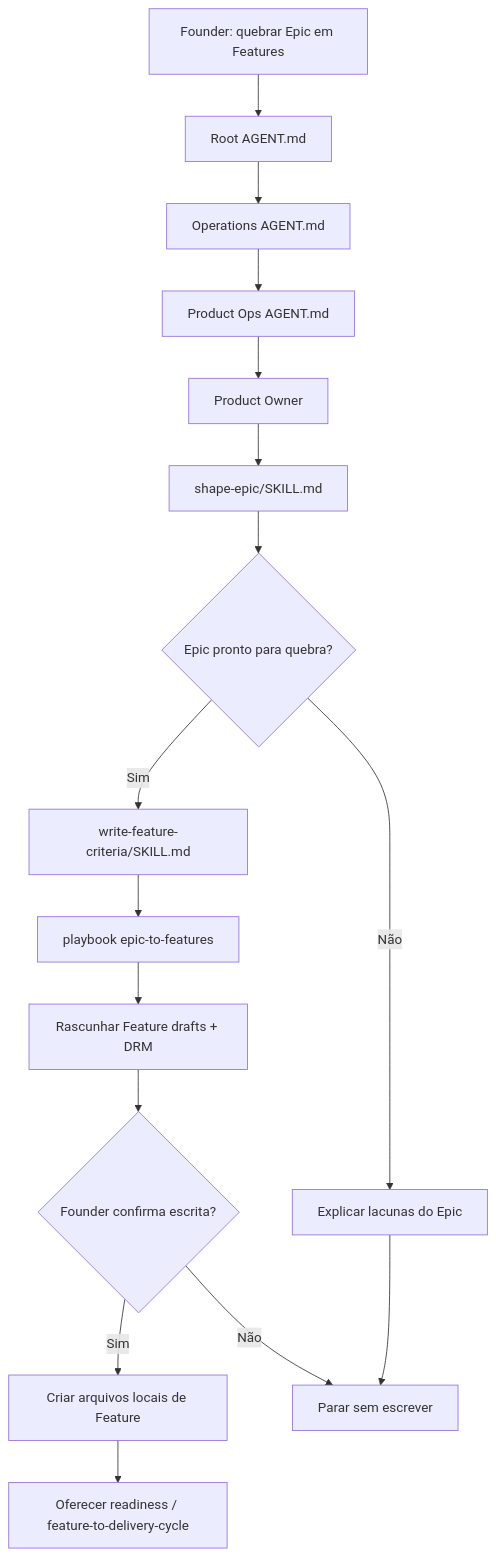
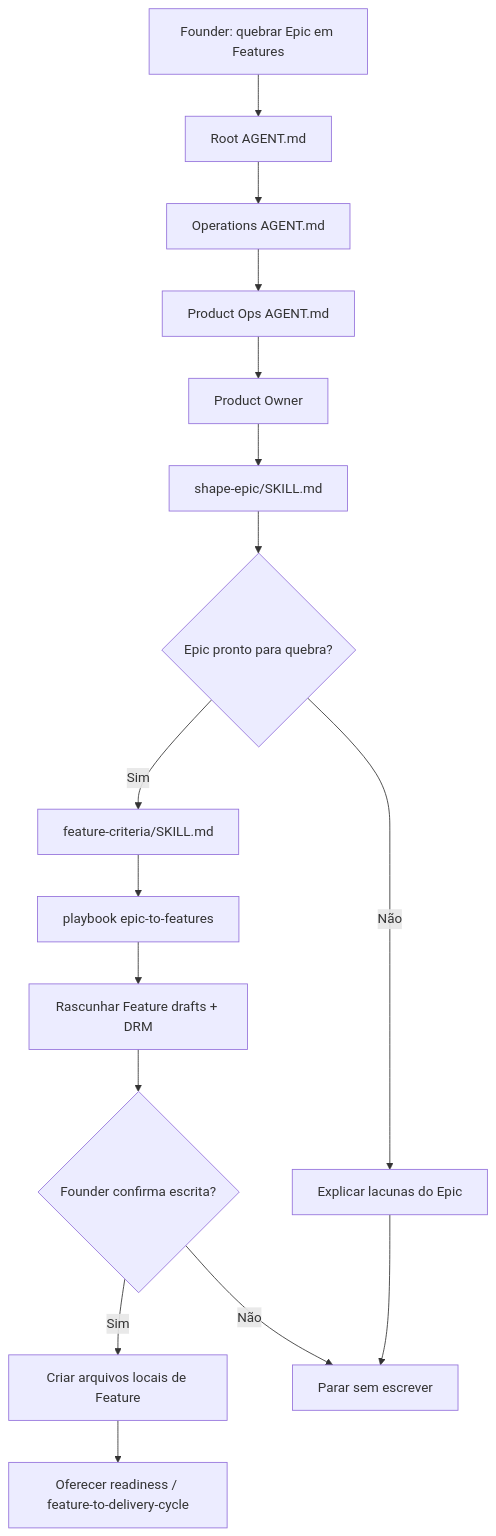
One commit to desousajhonny/leanOS changed the diagram in docs/framework/founder-journeys/epic-to-features.md. Above: the diagram before and after it, drawn with Mermaid. The commit also changed other lines of this file and 89 other files, not shown here.

````diff
--- a/docs/framework/founder-journeys/epic-to-features.md
+++ b/docs/framework/founder-journeys/epic-to-features.md
@@ -14,24 +14,24 @@
 ```mermaid
 flowchart TD
   A["Founder: quebrar Epic em Features"]
   B["Root AGENT.md"]
   C["Operations AGENT.md"]
   D["Product Ops AGENT.md"]
   E["Product Owner"]
   F["shape-epic/SKILL.md"]
   G{"Epic pronto para quebra?"}
   H["Explicar lacunas do Epic"]
-  I["write-feature-criteria/SKILL.md"]
+  I["feature-criteria/SKILL.md"]
   J["playbook epic-to-features"]
   K["Rascunhar Feature drafts + DRM"]
   L{"Founder confirma escrita?"}
   M["Criar arquivos locais de Feature"]
   N["Oferecer readiness / feature-to-delivery-cycle"]
   O["Parar sem escrever"]
 
   A --> B --> C --> D --> E --> F --> G
   G -->|Não| H --> O
   G -->|Sim| I --> J --> K --> L
   L -->|Sim| M --> N
   L -->|Não| O
 ```
````
